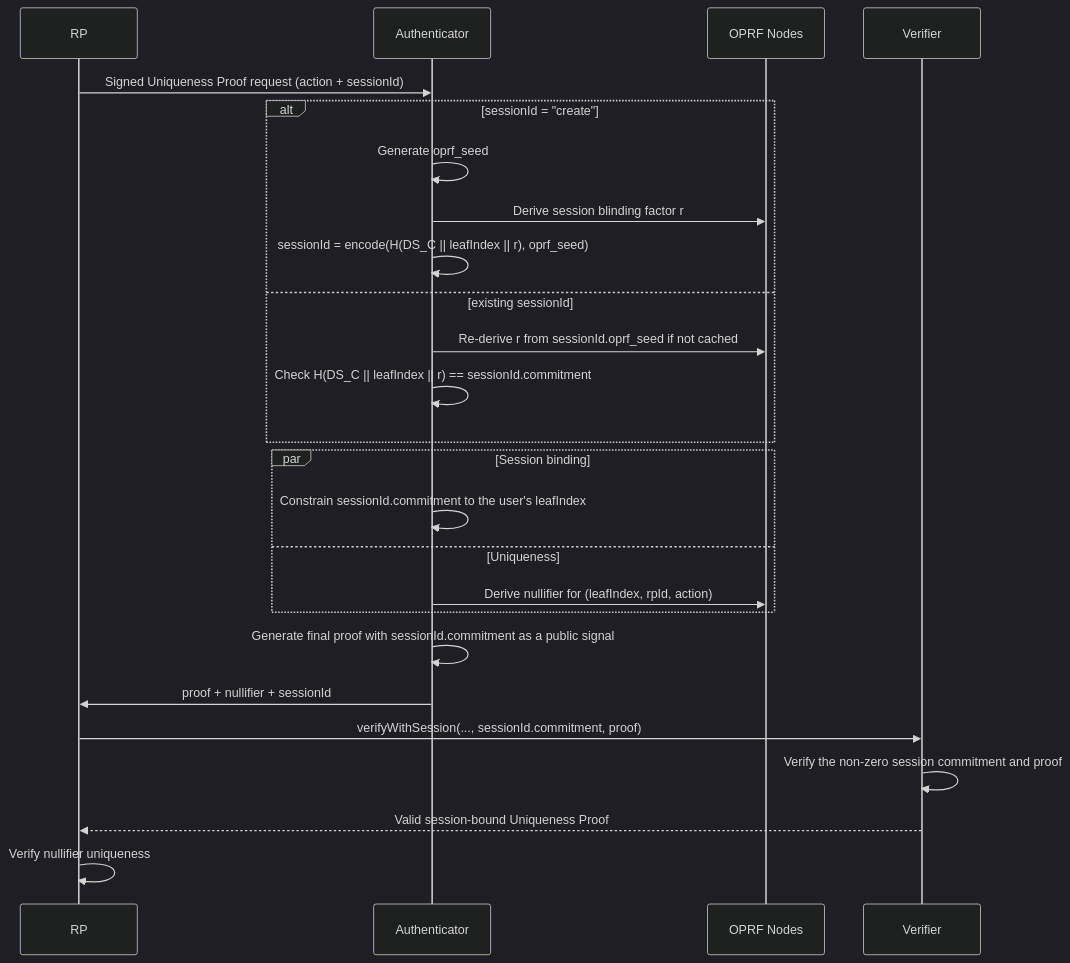
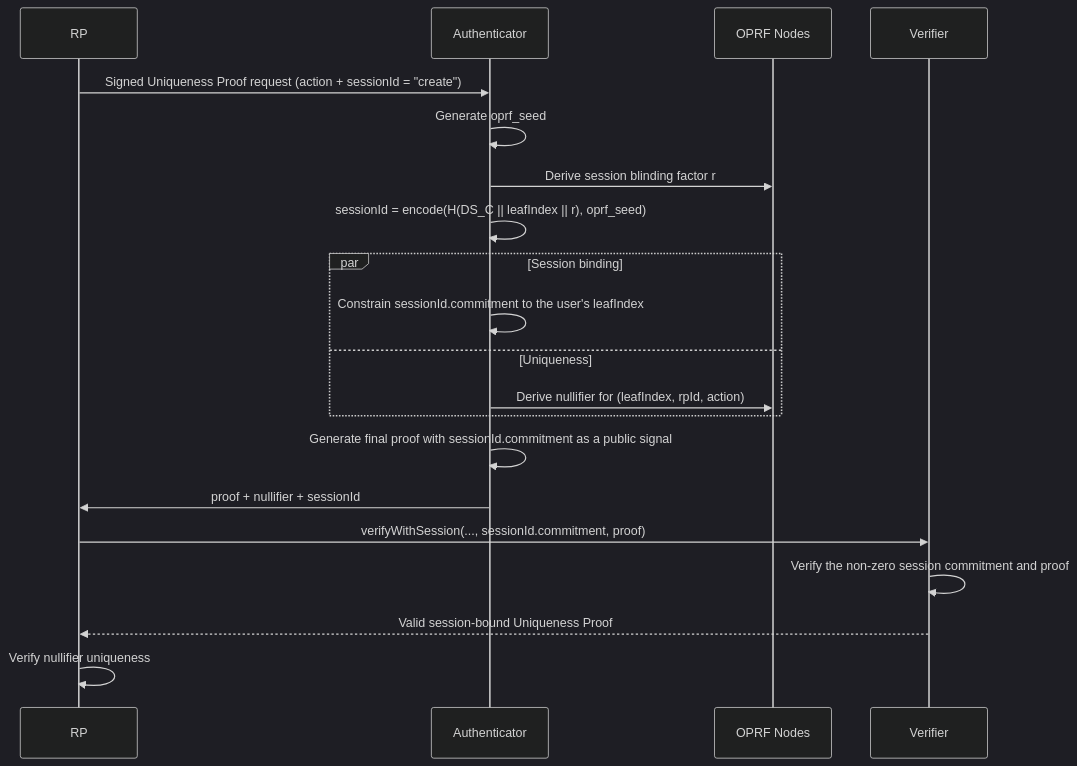
The third of 3 diagrams in docs/world-id-4-specs/README.md (worldcoin/world-id-protocol), drawn with Mermaid (dark theme) before and after one commit. The commit also changed other lines of this file and 4 other files, not shown here.

Commit message:
feat: remove uniqueness bindign to existing session id

````diff
--- a/docs/world-id-4-specs/README.md
+++ b/docs/world-id-4-specs/README.md
@@ -289,28 +289,23 @@
 ```mermaid
 sequenceDiagram
 participant rp as RP
 participant a as Authenticator
 participant o as OPRF Nodes
 participant v as Verifier
 
-rp->>a: Signed Uniqueness Proof request (action + sessionId)
-alt sessionId = "create"
+rp->>a: Signed Uniqueness Proof request (action + sessionId = "create")
 a->>a: Generate oprf_seed
 a->>o: Derive session blinding factor r
 a->>a: sessionId = encode(H(DS_C || leafIndex || r), oprf_seed)
-else existing sessionId
-a->>o: Re-derive r from sessionId.oprf_seed if not cached
-a->>a: Check H(DS_C || leafIndex || r) == sessionId.commitment
-end
 par Session binding
 a->>a: Constrain sessionId.commitment to the user's leafIndex
 and Uniqueness
 a->>o: Derive nullifier for (leafIndex, rpId, action)
 end
 a->>a: Generate final proof with sessionId.commitment as a public signal
 a->>rp: proof + nullifier + sessionId
 rp->>v: verifyWithSession(..., sessionId.commitment, proof)
 v->>v: Verify the non-zero session commitment and proof
 v-->>rp: Valid session-bound Uniqueness Proof
 rp->>rp: Verify nullifier uniqueness
 ```
````
